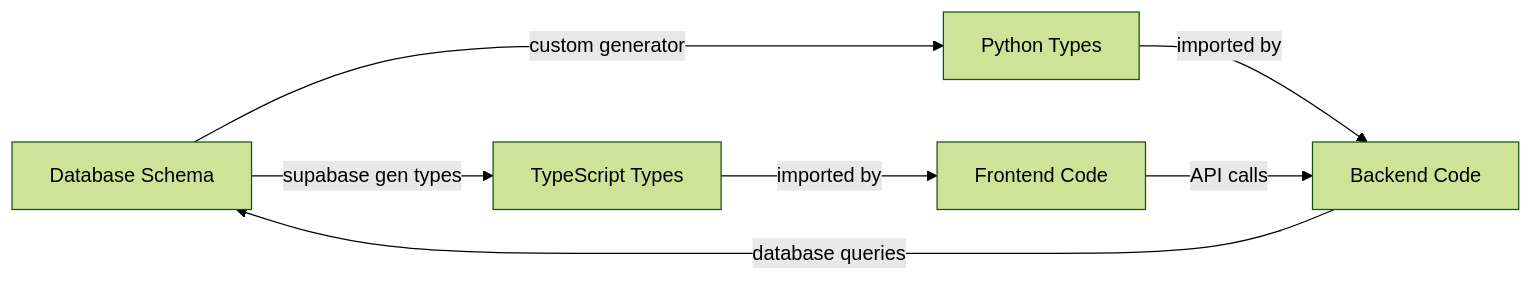
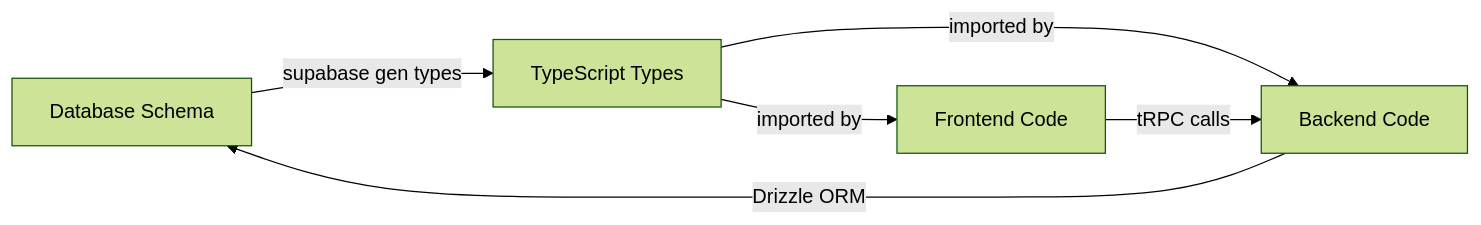
One commit to ParkerRex/echo changed the second of 2 diagrams in README.md. Above: the diagram before and after it, drawn with Mermaid (forest theme). The commit also changed other lines of this file and 172 other files, not shown here.

````diff
--- a/README.md
+++ b/README.md
@@ -202,9 +199,8 @@
 ```mermaid
 graph LR
   A[Database Schema] -->|supabase gen types| B[TypeScript Types]
-  A -->|custom generator| C[Python Types]
-  B -->|imported by| D[Frontend Code]
-  C -->|imported by| E[Backend Code]
-  D -->|API calls| E
-  E -->|database queries| A
+  B -->|imported by| C[Frontend Code]
+  B -->|imported by| D[Backend Code]
+  C -->|tRPC calls| D
+  D -->|Drizzle ORM| A
 ```
````
